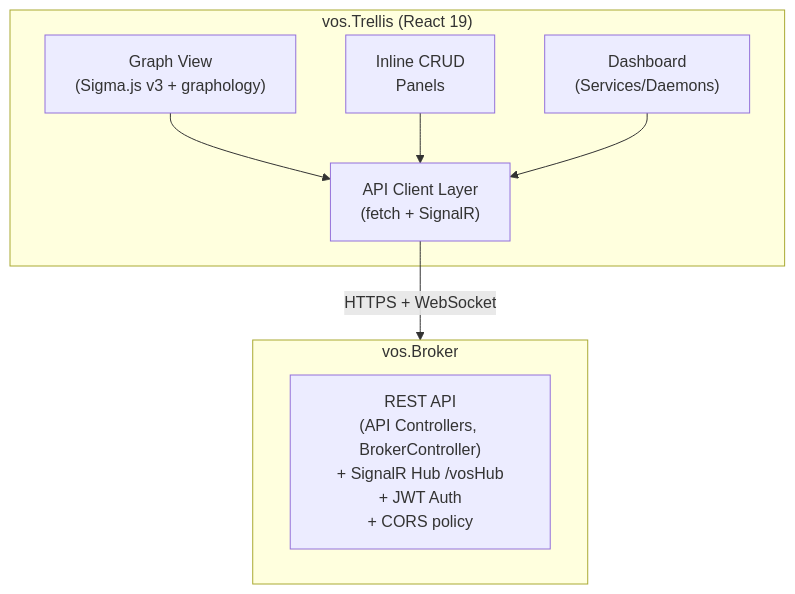
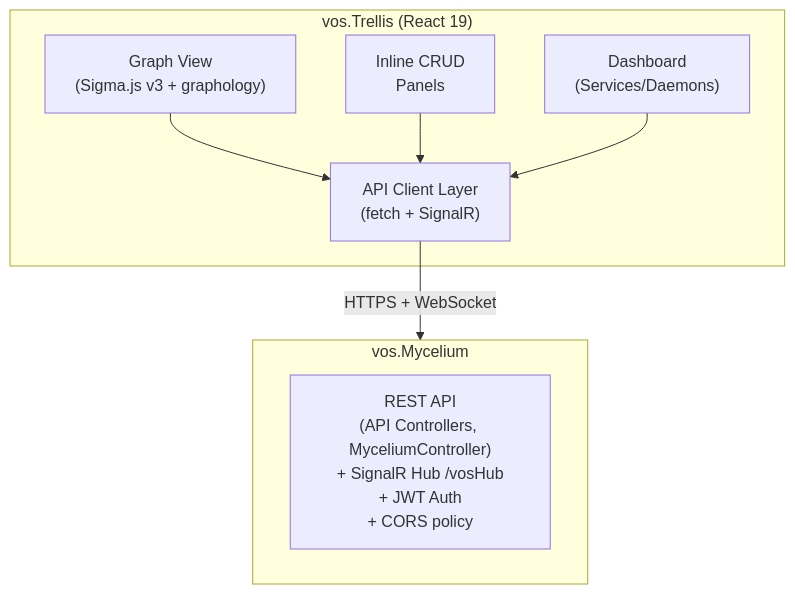
Before and after one commit to ReGen-Villages/VillageOS-API: the diagram in docs/TRELLIS.md, drawn with Mermaid. The commit also changed other lines of this file and 151 other files, not shown here.

First line of the commit message:
Rename Broker → Mycelium (gateway) across Taproot, Trellis, microservices

````diff
--- a/docs/TRELLIS.md
+++ b/docs/TRELLIS.md
@@ -569,15 +569,15 @@
 ```mermaid
 graph TB
     subgraph GUI["vos.Trellis (React 19)"]
         Graph["Graph View<br/>(Sigma.js v3 + graphology)"]
         Commands["Inline CRUD<br/>Panels"]
         Dashboard["Dashboard<br/>(Services/Daemons)"]
         Graph & Commands & Dashboard --> APIClient["API Client Layer<br/>(fetch + SignalR)"]
     end
 
-    APIClient -->|"HTTPS + WebSocket"| Broker
+    APIClient -->|"HTTPS + WebSocket"| Mycelium
 
-    subgraph Broker["vos.Broker"]
-        API["REST API<br/>(API Controllers, BrokerController)<br/>+ SignalR Hub /vosHub<br/>+ JWT Auth<br/>+ CORS policy"]
+    subgraph Mycelium["vos.Mycelium"]
+        API["REST API<br/>(API Controllers, MyceliumController)<br/>+ SignalR Hub /vosHub<br/>+ JWT Auth<br/>+ CORS policy"]
     end
 ```
````
